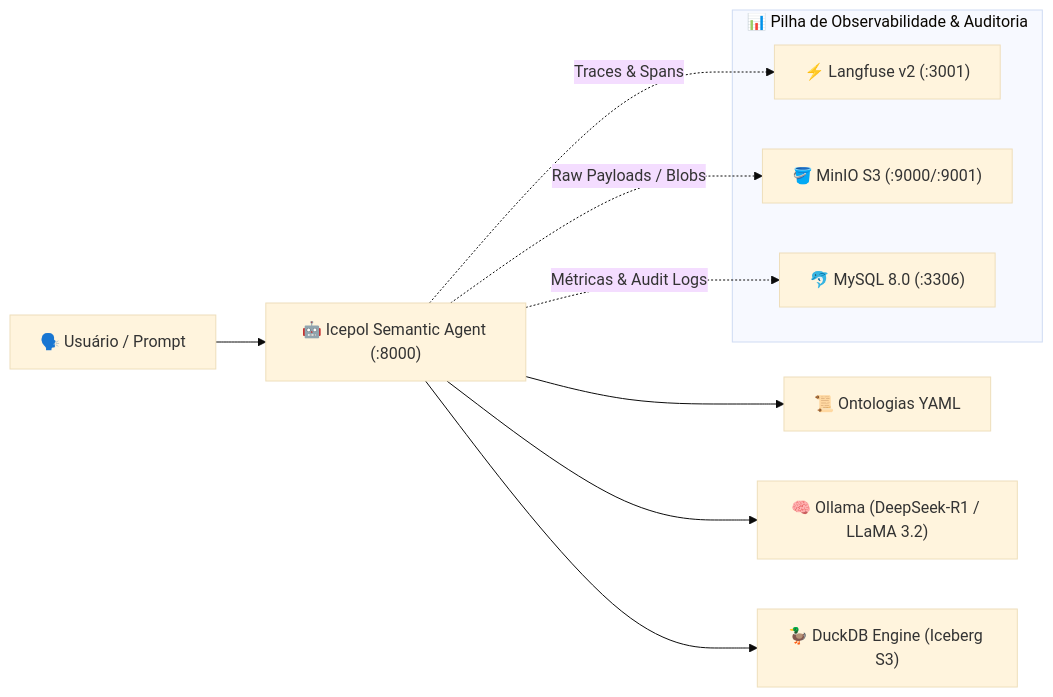
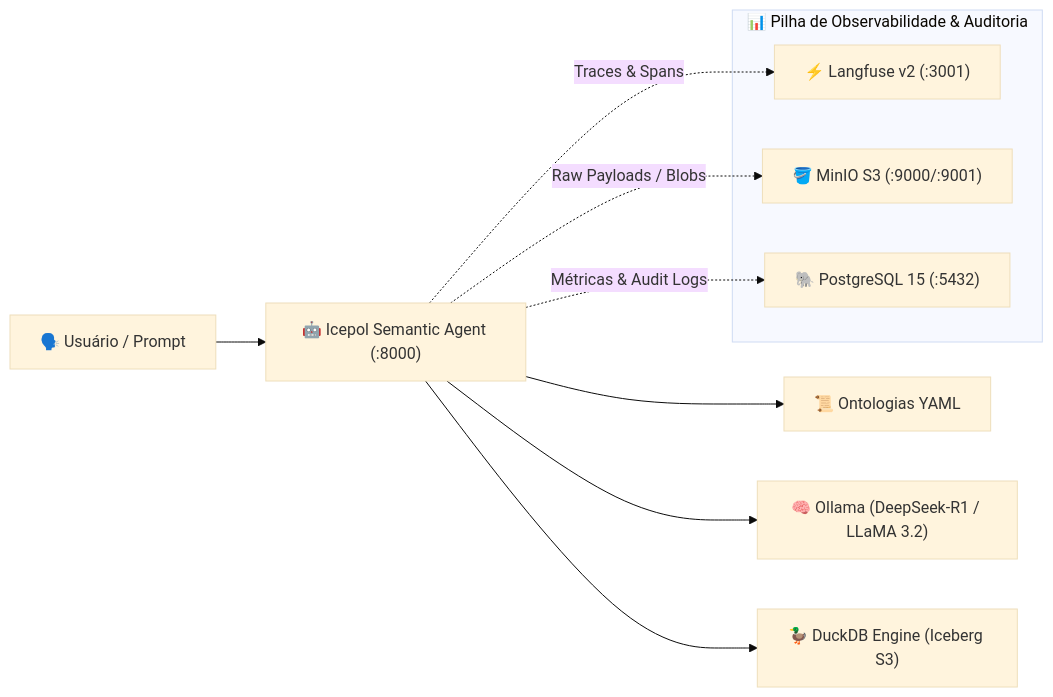
The fifth of 8 diagrams in README.md (Helfstein-one/icepol-semantic), drawn with Mermaid (base theme) before and after one commit. The commit also changed other lines of this file and 4 other files, not shown here.

Commit message:
feat(infra): consolidar observabilidade e métricas no PostgreSQL 15 e remover MySQL 8.0

````diff
--- a/README.md
+++ b/README.md
@@ -262,17 +262,17 @@
 ```mermaid
 flowchart LR
     User["🗣️ Usuário / Prompt"] --> Agent["🤖 Icepol Semantic Agent (:8000)"]
     Agent --> Registry["📜 Ontologias YAML"]
     Agent --> LLM["🧠 Ollama (DeepSeek-R1 / LLaMA 3.2)"]
     Agent --> DuckDB["🦆 DuckDB Engine (Iceberg S3)"]
     
     subgraph Observability["📊 Pilha de Observabilidade & Auditoria"]
         LF["⚡ Langfuse v2 (:3001)"]
         MinIO["🪣 MinIO S3 (:9000/:9001)"]
-        MySQL["🐬 MySQL 8.0 (:3306)"]
+        PostgreSQL["🐘 PostgreSQL 15 (:5432)"]
     end
 
     Agent -.->|"Traces & Spans"| LF
     Agent -.->|"Raw Payloads / Blobs"| MinIO
-    Agent -.->|"Métricas & Audit Logs"| MySQL
+    Agent -.->|"Métricas & Audit Logs"| PostgreSQL
 ```
````
